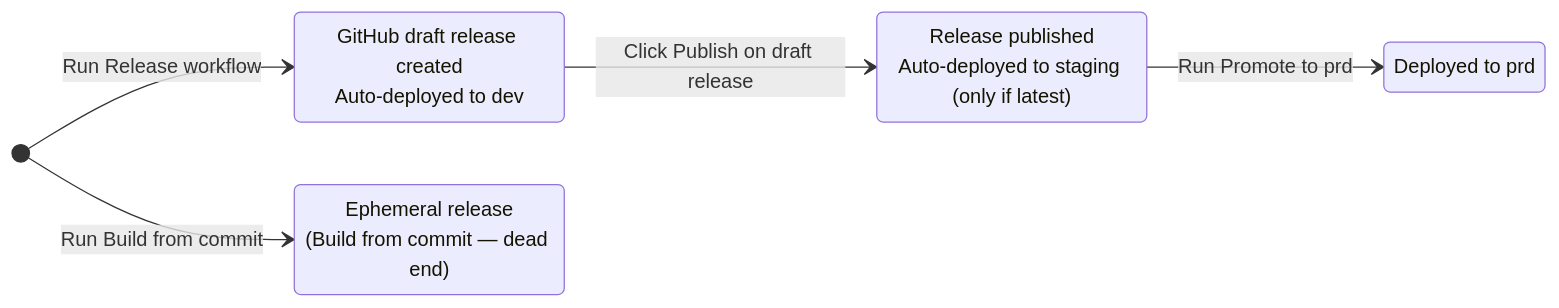
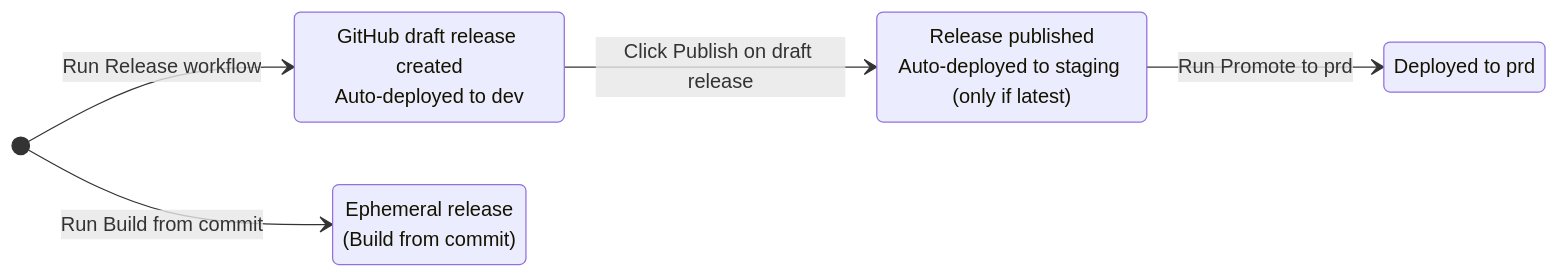
The first of 2 diagrams in docs/operations/release-flow.md (rodekruis/qualitative-feedback-analysis), drawn with Mermaid before and after one commit.

Commit message:
docs(release-flow): drop redundant 'dead end' label from the diagram

````diff
--- a/docs/operations/release-flow.md
+++ b/docs/operations/release-flow.md
@@ -9,13 +9,13 @@
 ```mermaid
 stateDiagram-v2
     direction LR
     state "GitHub draft release created<br/>Auto-deployed to dev" as Dev
     state "Release published<br/>Auto-deployed to staging (only if latest)" as Published
     state "Deployed to prd" as Prd
-    state "Ephemeral release<br/>(Build from commit — dead end)" as Ephemeral
+    state "Ephemeral release<br/>(Build from commit)" as Ephemeral
 
     [*] --> Dev: Run Release workflow
     Dev --> Published: Click Publish on draft release
     Published --> Prd: Run Promote to prd
     [*] --> Ephemeral: Run Build from commit
 ```
````
